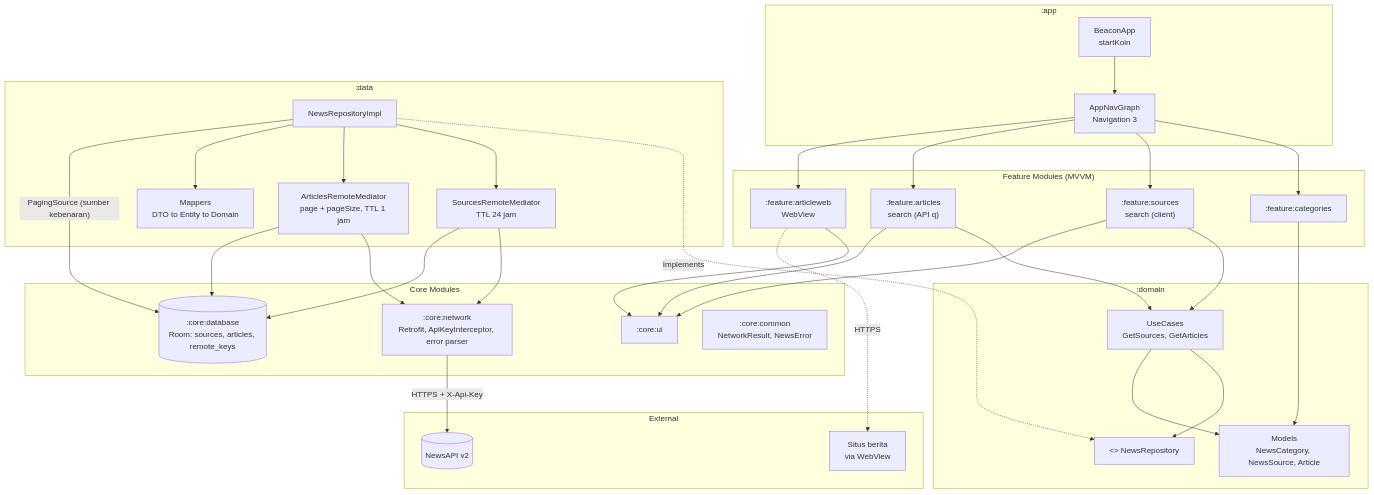
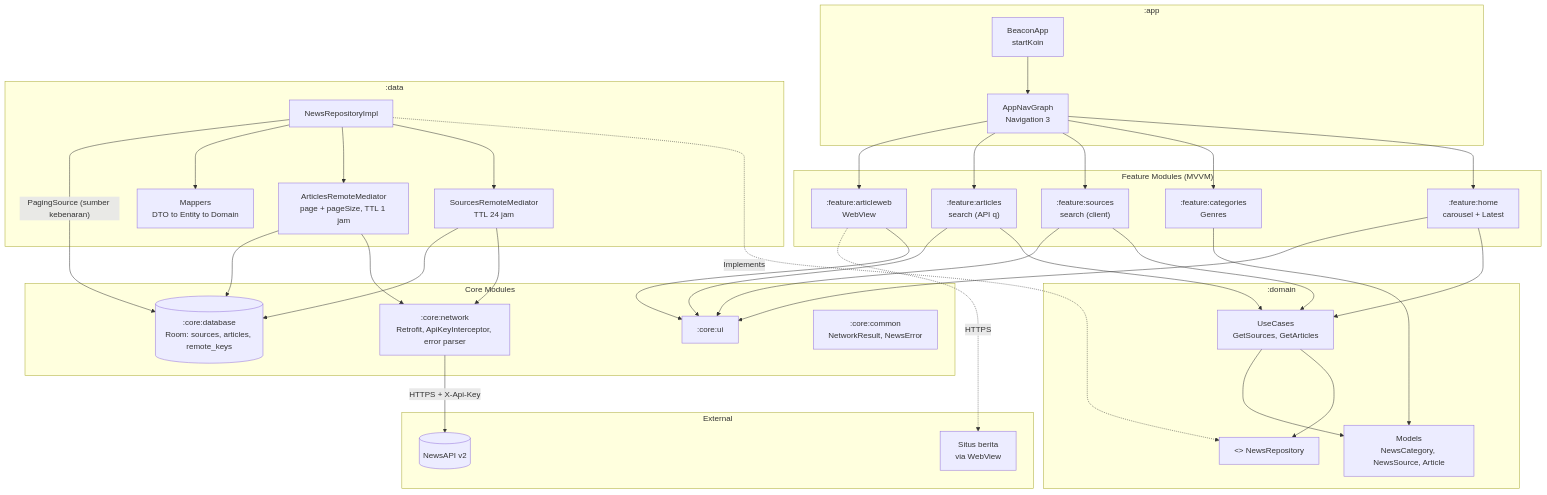
Before and after one commit to halimjr11/beacon: the first of 6 diagrams in docs/architecture_engineering_decisions.md, drawn with Mermaid. The commit also changed other lines of this file and 60 other files, not shown here.

First line of the commit message:
Add app shell and features: Home, Genres, Sources, Articles, Web

````diff
--- a/docs/architecture_engineering_decisions.md
+++ b/docs/architecture_engineering_decisions.md
@@ -38,64 +39,68 @@
 ```mermaid
 graph TD
     subgraph AppShell [":app"]
         APP[BeaconApp<br/>startKoin]
         NAV[AppNavGraph<br/>Navigation 3]
     end
 
     subgraph FeatureLayer ["Feature Modules (MVVM)"]
-        F_CAT[":feature:categories"]
+        F_HOME[":feature:home<br/>carousel + Latest"]
+        F_CAT[":feature:categories<br/>Genres"]
         F_SRC[":feature:sources<br/>search (client)"]
         F_ART[":feature:articles<br/>search (API q)"]
         F_WEB[":feature:articleweb<br/>WebView"]
     end
 
     subgraph DomainLayer [":domain"]
         UC[UseCases<br/>GetSources, GetArticles]
         REPO_INT["<<interface>> NewsRepository"]
         MODELS[Models<br/>NewsCategory, NewsSource, Article]
         UC --> REPO_INT
         UC --> MODELS
     end
 
     subgraph DataLayer [":data"]
         REPO_IMPL[NewsRepositoryImpl]
         MED_SRC[SourcesRemoteMediator<br/>TTL 24 jam]
         MED_ART[ArticlesRemoteMediator<br/>page + pageSize, TTL 1 jam]
         MAPPER[Mappers<br/>DTO to Entity to Domain]
         REPO_IMPL -.->|Implements| REPO_INT
         REPO_IMPL --> MED_SRC
         REPO_IMPL --> MED_ART
         REPO_IMPL --> MAPPER
     end
 
     subgraph CoreLayer ["Core Modules"]
         C_NET[":core:network<br/>Retrofit, ApiKeyInterceptor, error parser"]
         C_DB[(":core:database<br/>Room: sources, articles, remote_keys")]
         C_UI[":core:ui"]
         C_COM[":core:common<br/>NetworkResult, NewsError"]
     end
 
     subgraph External ["External"]
         NEWS[(NewsAPI v2)]
         WEB[Situs berita<br/>via WebView]
     end
 
     APP --> NAV
+    NAV --> F_HOME
     NAV --> F_CAT
     NAV --> F_SRC
     NAV --> F_ART
     NAV --> F_WEB
+    F_HOME --> UC
     F_SRC --> UC
     F_ART --> UC
     F_CAT --> MODELS
+    F_HOME --> C_UI
     F_SRC --> C_UI
     F_ART --> C_UI
     F_WEB --> C_UI
     MED_SRC --> C_NET
     MED_ART --> C_NET
     MED_SRC --> C_DB
     MED_ART --> C_DB
     REPO_IMPL -->|"PagingSource (sumber kebenaran)"| C_DB
     C_NET -->|HTTPS + X-Api-Key| NEWS
     F_WEB -.->|HTTPS| WEB
 ```
````
